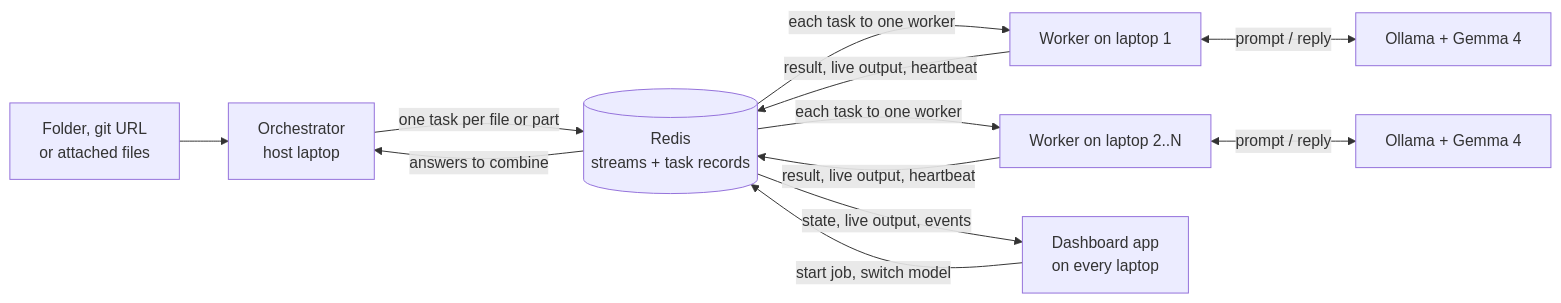
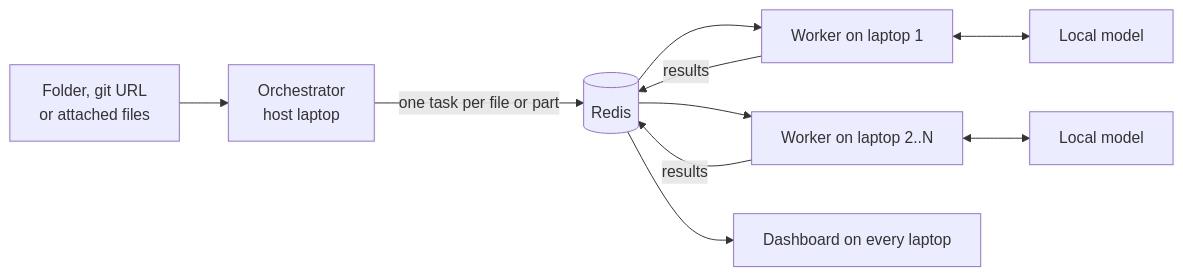
Before and after one commit to VishnuVardhanNk/LapCluster: the diagram in README.md, drawn with Mermaid. The commit also changed other lines of this file, not shown here.

````diff
--- a/README.md
+++ b/README.md
@@ -77,14 +9,12 @@
 ```mermaid
 flowchart LR
     SRC[Folder, git URL<br/>or attached files] --> ORC[Orchestrator<br/>host laptop]
-    ORC -->|one task per file or part| R[(Redis<br/>streams + task records)]
-    R -->|each task to one worker| W1[Worker on laptop 1]
-    R -->|each task to one worker| W2[Worker on laptop 2..N]
-    W1 <-->|prompt / reply| O1[Ollama + Gemma 4]
-    W2 <-->|prompt / reply| O2[Ollama + Gemma 4]
-    W1 -->|result, live output, heartbeat| R
-    W2 -->|result, live output, heartbeat| R
-    R -->|answers to combine| ORC
-    R -->|state, live output, events| D[Dashboard app<br/>on every laptop]
-    D -->|start job, switch model| R
+    ORC -->|one task per file or part| R[(Redis)]
+    R --> W1[Worker on laptop 1]
+    R --> W2[Worker on laptop 2..N]
+    W1 <--> O1[Local model]
+    W2 <--> O2[Local model]
+    W1 -->|results| R
+    W2 -->|results| R
+    R --> D[Dashboard on every laptop]
 ```
````
